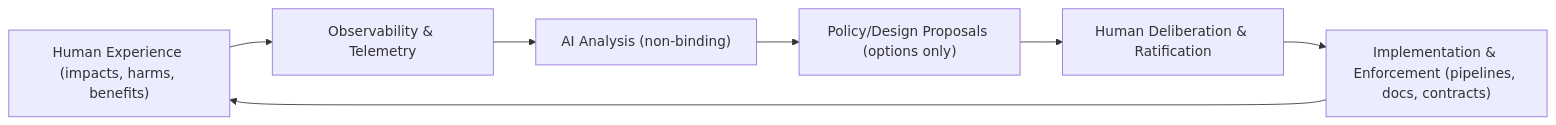
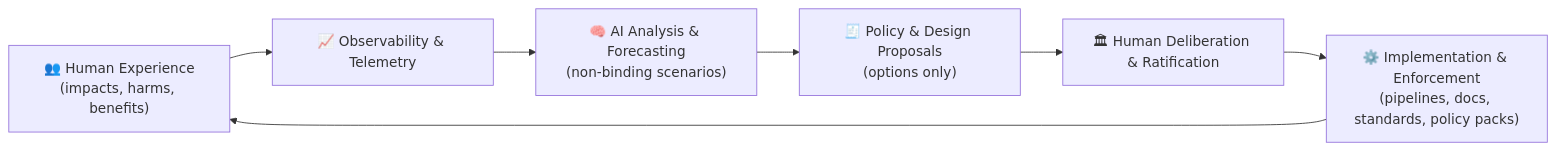
The second of 3 diagrams in docs/standards/ai-law-coevolution.md (bartytime4life/Kansas-Frontier-Matrix), drawn with Mermaid before and after one commit. The commit also changed other lines of this file, not shown here.

````diff
--- a/docs/standards/ai-law-coevolution.md
+++ b/docs/standards/ai-law-coevolution.md
@@ -381,9 +327,9 @@
 ```mermaid
 flowchart LR
-    H["Human Experience (impacts, harms, benefits)"] --> O["Observability & Telemetry"]
-    O --> A["AI Analysis (non-binding)"]
-    A --> P["Policy/Design Proposals (options only)"]
-    P --> R["Human Deliberation & Ratification"]
-    R --> I["Implementation & Enforcement (pipelines, docs, contracts)"]
+    H["👥 Human Experience<br/>(impacts, harms, benefits)"] --> O["📈 Observability & Telemetry"]
+    O --> A["🧠 AI Analysis & Forecasting<br/>(non-binding scenarios)"]
+    A --> P["🧾 Policy & Design Proposals<br/>(options only)"]
+    P --> R["🏛 Human Deliberation & Ratification"]
+    R --> I["⚙️ Implementation & Enforcement<br/>(pipelines, docs, standards, policy packs)"]
     I --> H
 ```
````
